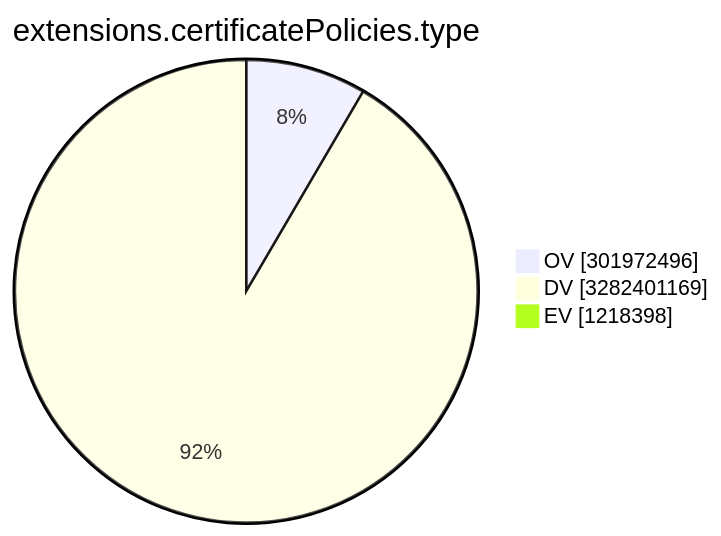
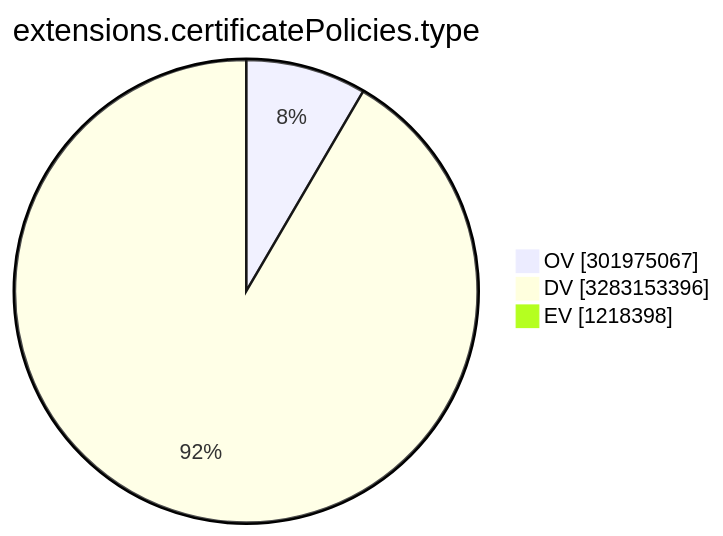
Before and after one commit to christiankrug/ctmonitor_visualization: the ninth of 15 diagrams in TOTAL/README.md, drawn with Mermaid. The commit also changed other lines of this file, not shown here.

````diff
--- a/TOTAL/README.md
+++ b/TOTAL/README.md
@@ -3107,7 +3107,7 @@
 ```mermaid
 pie showData
 title extensions.certificatePolicies.type
-"OV" :301972496
-"DV" :3282401169
+"OV" :301975067
+"DV" :3283153396
 "EV" :1218398
 ```
````
